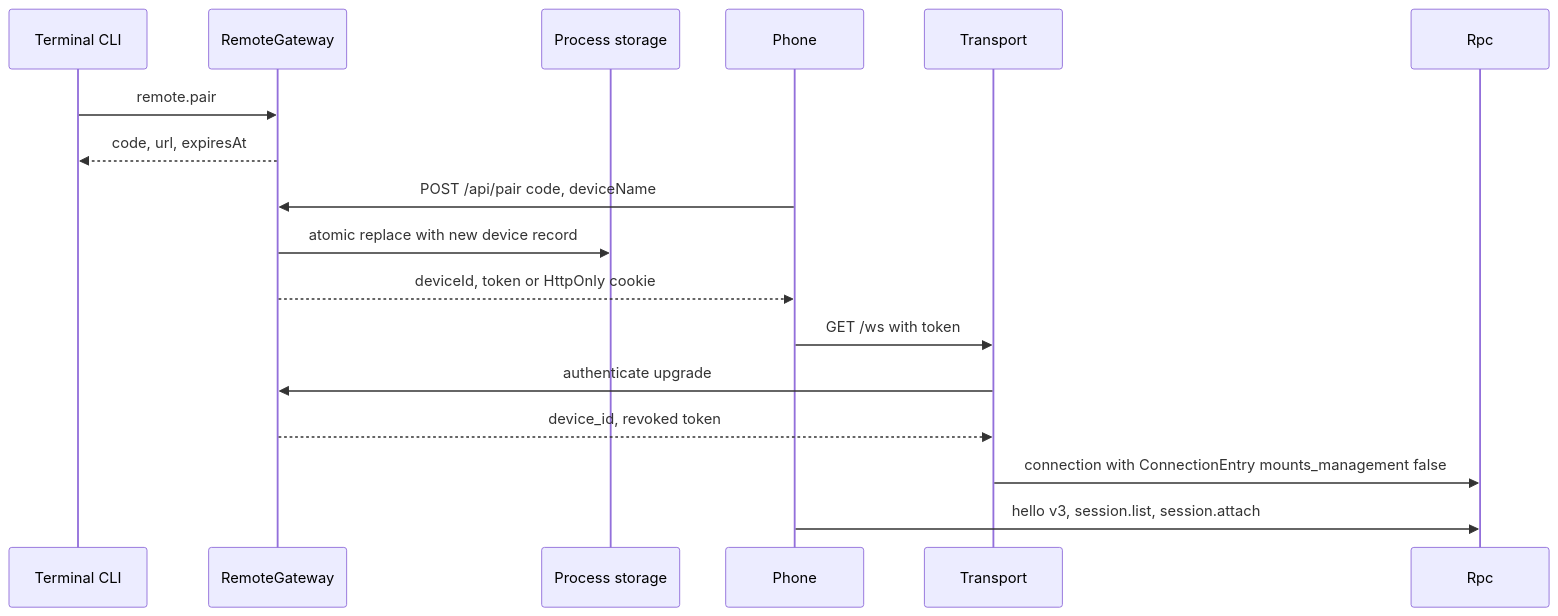
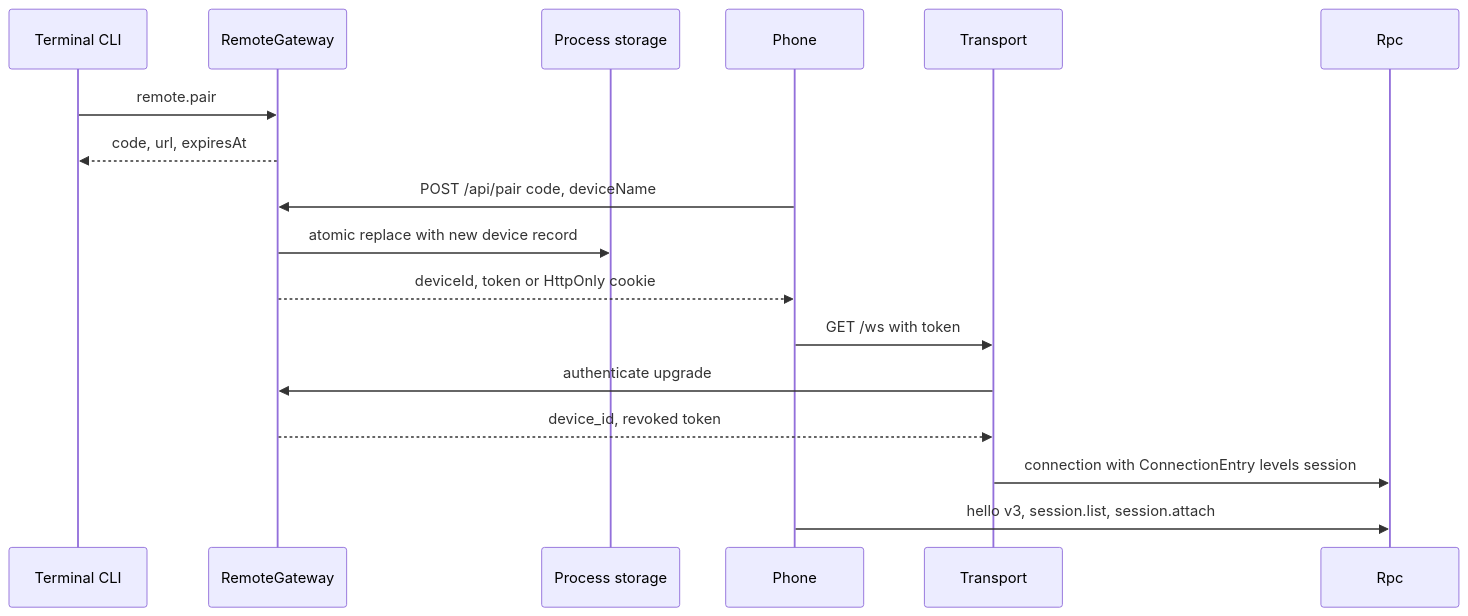
The third of 6 diagrams in docs/design/plugins/RemoteGateway.md (CoutinhoTTS/dim-agent), drawn with Mermaid before and after one commit. The commit also changed other lines of this file and 3 other files, not shown here.

````diff
--- a/docs/design/plugins/RemoteGateway.md
+++ b/docs/design/plugins/RemoteGateway.md
@@ -77,19 +74,19 @@
 ```mermaid
 sequenceDiagram
   participant U as Terminal CLI
   participant RG as RemoteGateway
   participant PS as Process storage
   participant D as Phone
   participant T as Transport
   participant R as Rpc
   U->>RG: remote.pair
   RG-->>U: code, url, expiresAt
   D->>RG: POST /api/pair code, deviceName
   RG->>PS: atomic replace with new device record
   RG-->>D: deviceId, token or HttpOnly cookie
   D->>T: GET /ws with token
   T->>RG: authenticate upgrade
   RG-->>T: device_id, revoked token
-  T->>R: connection with ConnectionEntry mounts_management false
+  T->>R: connection with ConnectionEntry levels session
   D->>R: hello v3, session.list, session.attach
 ```
````
